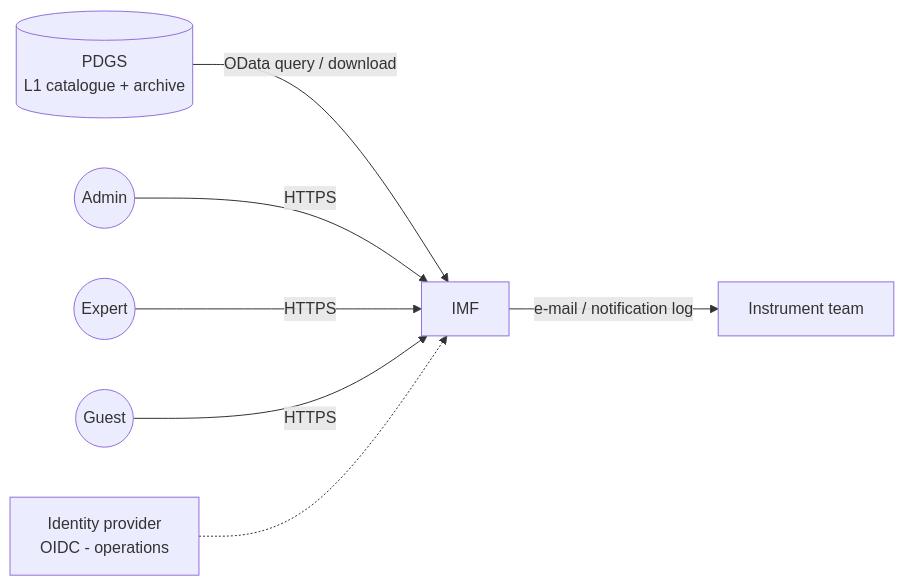
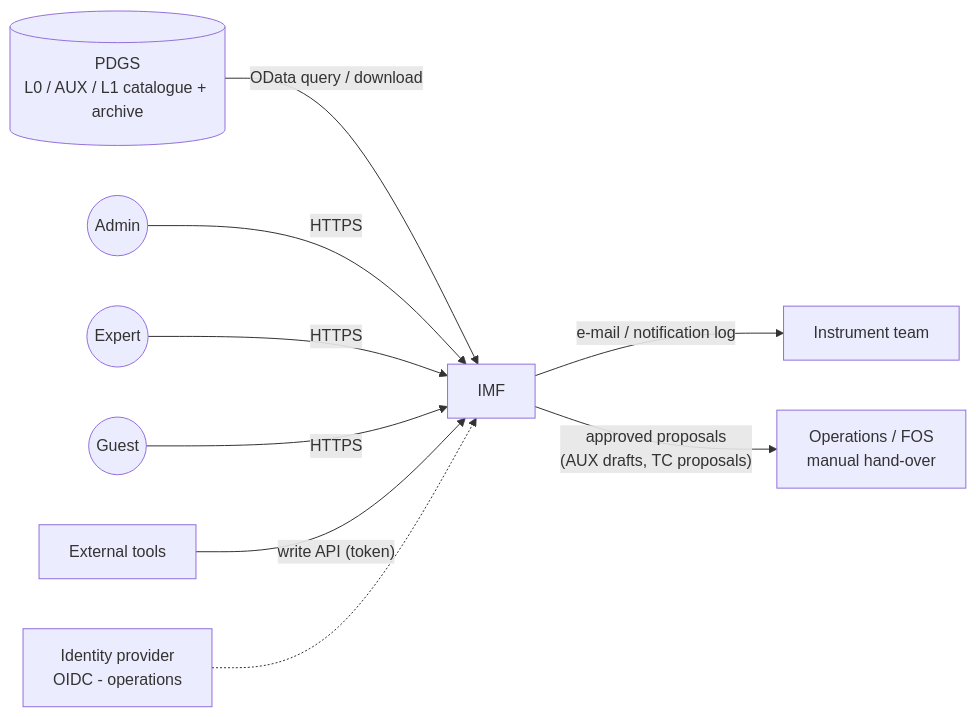
Before and after one commit to Sneakerx/fts-monitoring-demo: the first of 4 diagrams in docs/architecture.md, drawn with Mermaid. The commit also changed other lines of this file and 67 other files, not shown here.

````diff
--- a/docs/architecture.md
+++ b/docs/architecture.md
@@ -19,9 +26,11 @@
 ```mermaid
 flowchart LR
-  PDGS[(PDGS<br/>L1 catalogue + archive)] -- "OData query / download" --> IMF
+  PDGS[(PDGS<br/>L0 / AUX / L1 catalogue + archive)] -- "OData query / download" --> IMF
   IMF -- "e-mail / notification log" --> Team[Instrument team]
+  IMF -- "approved proposals<br/>(AUX drafts, TC proposals)" --> Ops[Operations / FOS<br/>manual hand-over]
   Admin((Admin)) -- HTTPS --> IMF
   Expert((Expert)) -- HTTPS --> IMF
   Guest((Guest)) -- HTTPS --> IMF
+  Tool[External tools] -- "write API (token)" --> IMF
   IdP[Identity provider<br/>OIDC - operations] -.-> IMF
 ```
````
